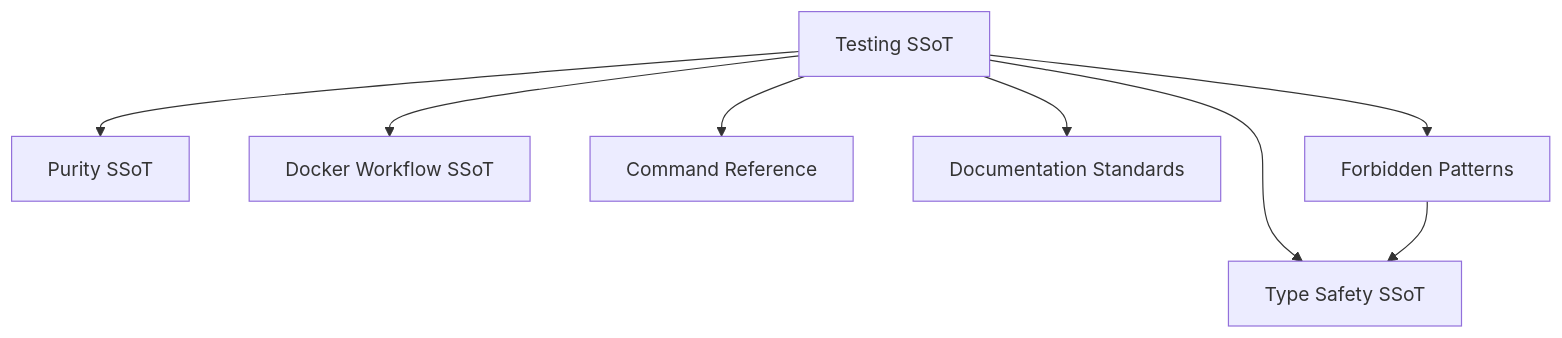
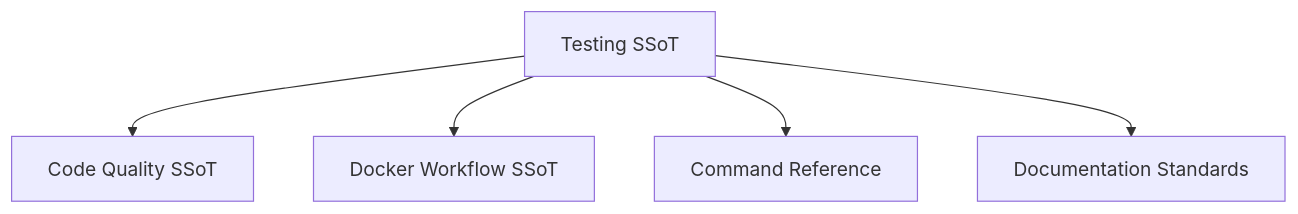
One commit to Tuee22/effectful changed the first of 6 diagrams in documents/engineering/testing.md. Above: the diagram before and after it, drawn with Mermaid. The commit also changed other lines of this file and 87 other files, not shown here.

````diff
--- a/documents/engineering/testing.md
+++ b/documents/engineering/testing.md
@@ -7,18 +7,13 @@
 ```mermaid
 flowchart TB
   Testing[Testing SSoT]
-  TypeSafety[Type Safety SSoT]
-  Purity[Purity SSoT]
+  CodeQuality[Code Quality SSoT]
   Docker[Docker Workflow SSoT]
   Commands[Command Reference]
   Docs[Documentation Standards]
-  Forbidden[Forbidden Patterns]
 
-  Testing --> TypeSafety
-  Testing --> Purity
+  Testing --> CodeQuality
   Testing --> Docker
   Testing --> Commands
   Testing --> Docs
-  Testing --> Forbidden
-  Forbidden --> TypeSafety
 ```
````
